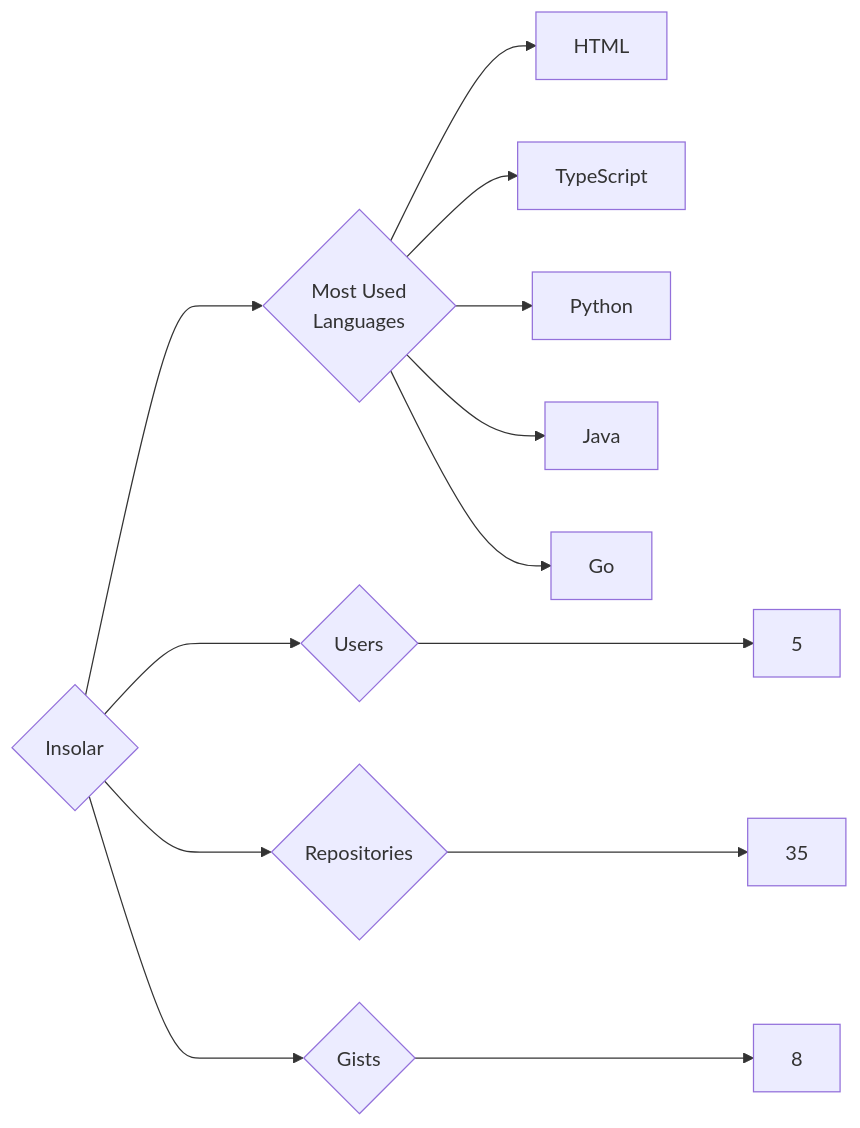
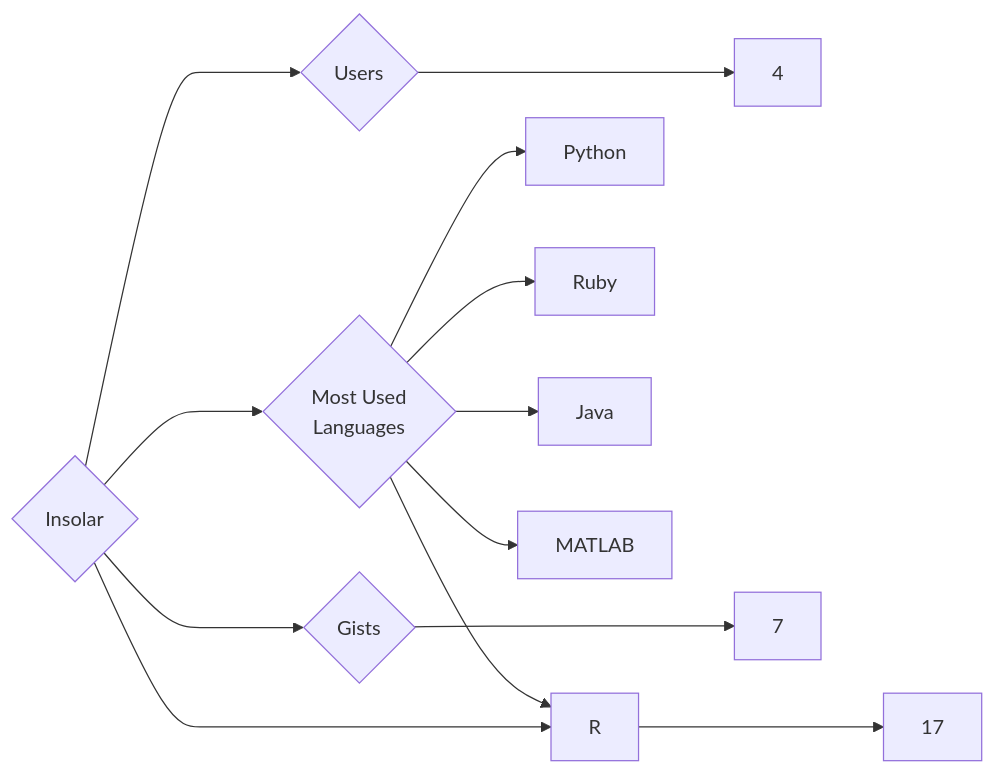
The diagram in targets/Insolar/README.md (trickest/insiders), drawn with Mermaid before and after one commit. The commit also changed 944 other files, not shown here.

````diff
--- a/targets/Insolar/README.md
+++ b/targets/Insolar/README.md
@@ -3,13 +3,13 @@
 ```mermaid
 graph LR
 COMPANY_NAME{Insolar}
-COMPANY_NAME ---> U{Users} ---> UN[5]
-COMPANY_NAME ---> R{Repositories} ---> RN[35]
-COMPANY_NAME ---> G{Gists} ---> GN[8]
+COMPANY_NAME ---> U{Users} ---> UN[4]
+COMPANY_NAME ---> R{Repositories} ---> RN[17]
+COMPANY_NAME ---> G{Gists} ---> GN[7]
 COMPANY_NAME ---> ML{Most Used<br>Languages}
-ML --> HTML[HTML]
-ML --> TypeScript[TypeScript]
 ML --> Python[Python]
+ML --> Ruby[Ruby]
 ML --> Java[Java]
-ML --> Go[Go]
+ML --> R[R]
+ML --> MATLAB[MATLAB]
 ```
````
